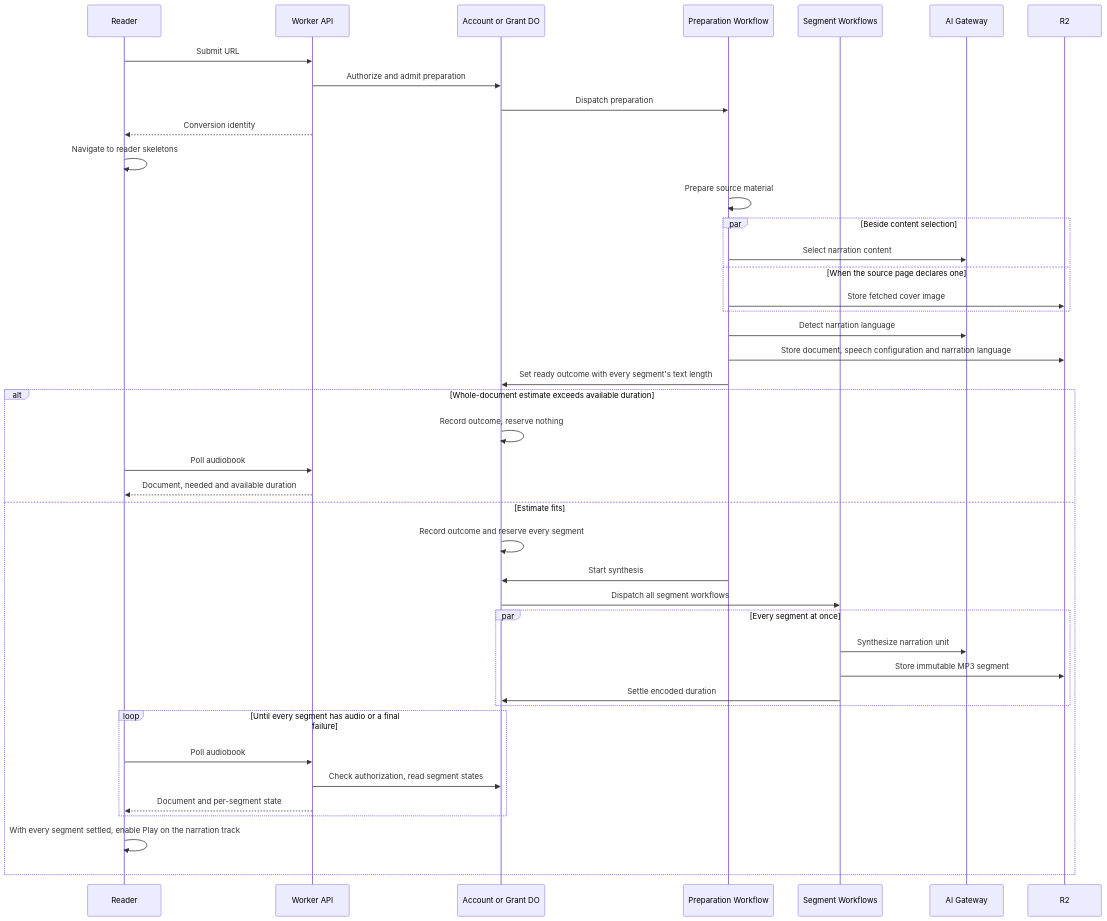
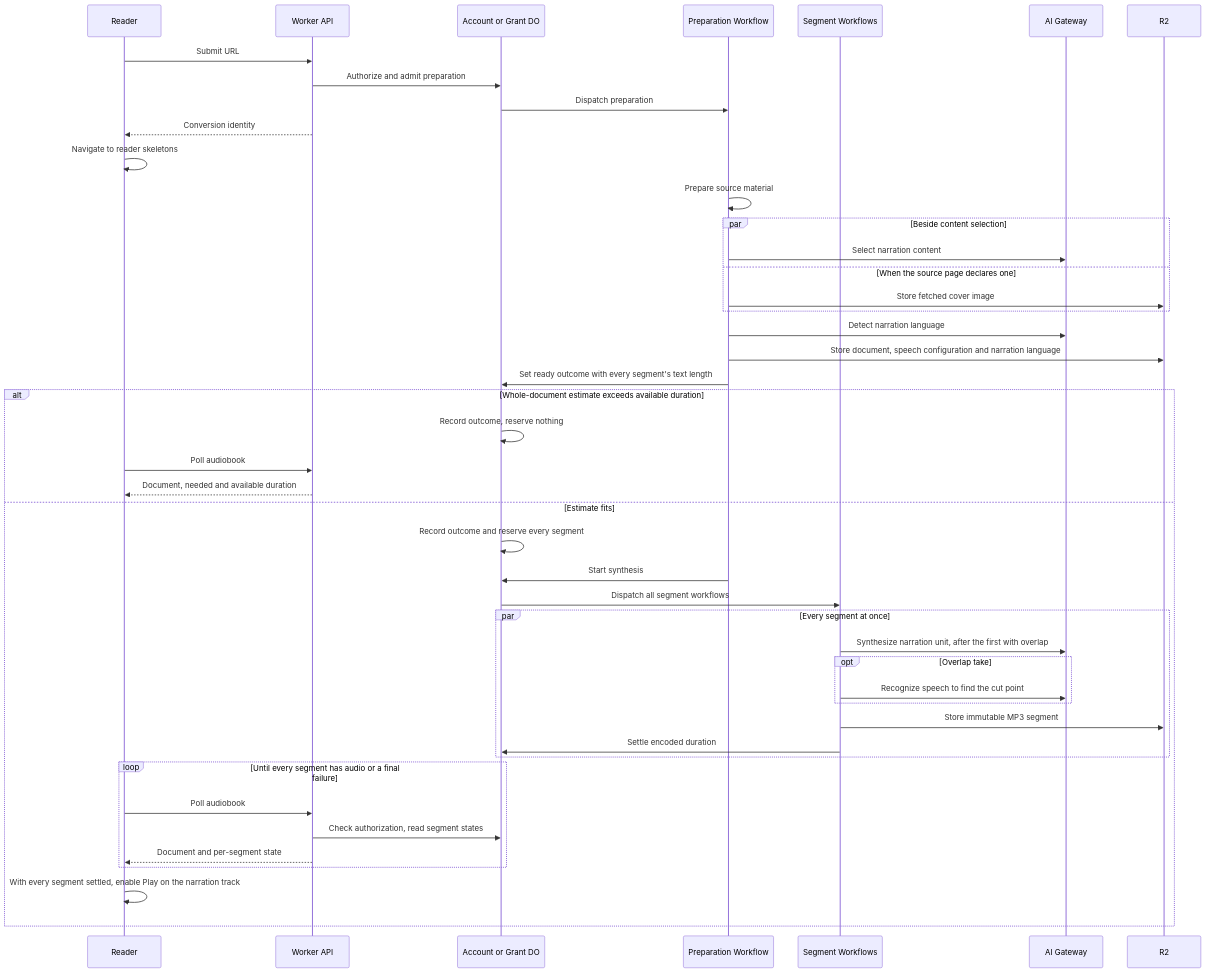
The diagram in docs/architecture/conversion.md (patricktree/cup), drawn with Mermaid before and after one commit. The commit also changed other lines of this file and 83 other files, not shown here.

First line of the commit message:
feat: narration flows across segment boundaries with overlap and cut (speech policy 7) (#336)

````diff
--- a/docs/architecture/conversion.md
+++ b/docs/architecture/conversion.md
@@ -9,44 +9,47 @@
 ```mermaid
 sequenceDiagram
     participant Client as Reader
     participant API as Worker API
     participant Owner as Account or Grant DO
     participant Preparation as Preparation Workflow
     participant Segment as Segment Workflows
     participant AI as AI Gateway
     participant R2
     Client->>API: Submit URL
     API->>Owner: Authorize and admit preparation
     Owner->>Preparation: Dispatch preparation
     API-->>Client: Conversion identity
     Client->>Client: Navigate to reader skeletons
     Preparation->>Preparation: Prepare source material
     par Beside content selection
         Preparation->>AI: Select narration content
     and When the source page declares one
         Preparation->>R2: Store fetched cover image
     end
     Preparation->>AI: Detect narration language
     Preparation->>R2: Store document, speech configuration and narration language
     Preparation->>Owner: Set ready outcome with every segment's text length
     alt Whole-document estimate exceeds available duration
         Owner->>Owner: Record outcome, reserve nothing
         Client->>API: Poll audiobook
         API-->>Client: Document, needed and available duration
     else Estimate fits
         Owner->>Owner: Record outcome and reserve every segment
         Preparation->>Owner: Start synthesis
         Owner->>Segment: Dispatch all segment workflows
         par Every segment at once
-            Segment->>AI: Synthesize narration unit
+            Segment->>AI: Synthesize narration unit, after the first with overlap
+            opt Overlap take
+                Segment->>AI: Recognize speech to find the cut point
+            end
             Segment->>R2: Store immutable MP3 segment
             Segment->>Owner: Settle encoded duration
         end
         loop Until every segment has audio or a final failure
             Client->>API: Poll audiobook
             API->>Owner: Check authorization, read segment states
             API-->>Client: Document and per-segment state
         end
         Client->>Client: With every segment settled, enable Play on the narration track
     end
 ```
````
